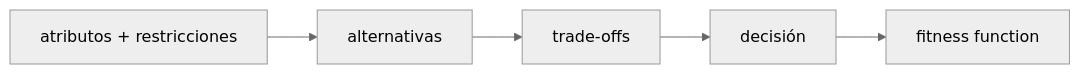
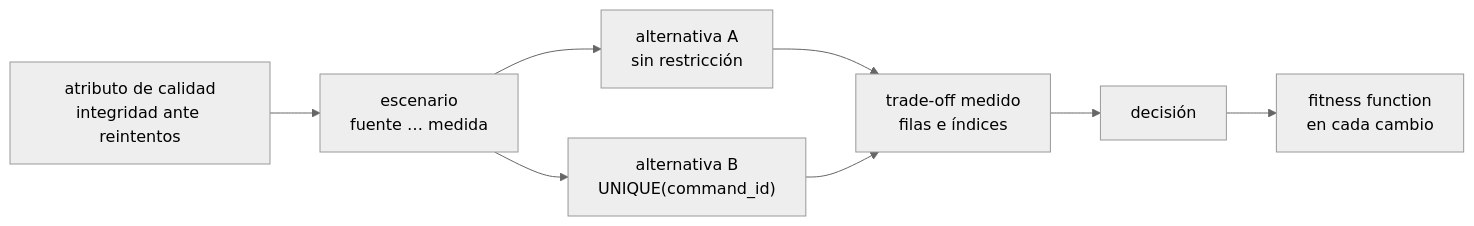
One commit to NICORUIZ93/The_Imperial_Book changed the second of 9 diagrams in web/public/content/foundations/modulo-7.md. Above: the diagram before and after it, drawn with Mermaid (neutral theme). The commit also changed other lines of this file, not shown here.

````diff
--- a/web/public/content/foundations/modulo-7.md
+++ b/web/public/content/foundations/modulo-7.md
@@ -129,5 +444,9 @@
 ```mermaid
 flowchart LR
-    QUALITY["atributos + restricciones"] --> OPTIONS["alternativas"] --> TRADE["trade-offs"]
-    TRADE --> DECISION["decisión"] --> MEASURE["fitness function"]
+    Q["atributo de calidad<br/>integridad ante reintentos"] --> E["escenario<br/>fuente … medida"]
+    E --> A1["alternativa A<br/>sin restricción"]
+    E --> A2["alternativa B<br/>UNIQUE(command_id)"]
+    A1 --> T["trade-off medido<br/>filas e índices"]
+    A2 --> T
+    T --> D["decisión"] --> F["fitness function<br/>en cada cambio"]
 ```
````
